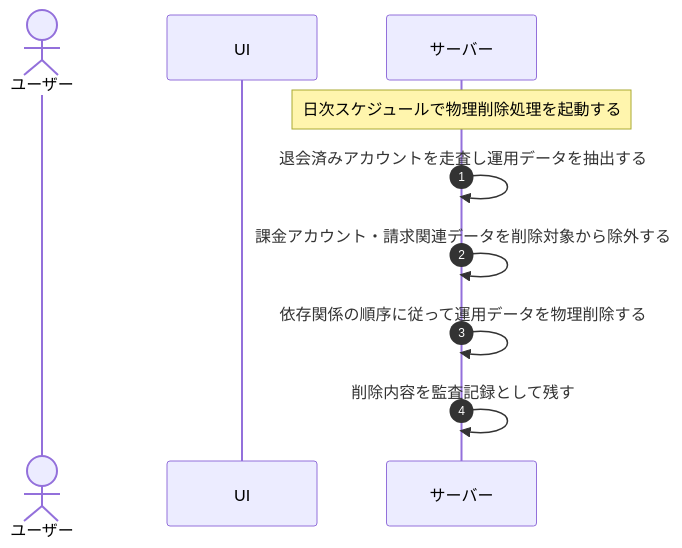
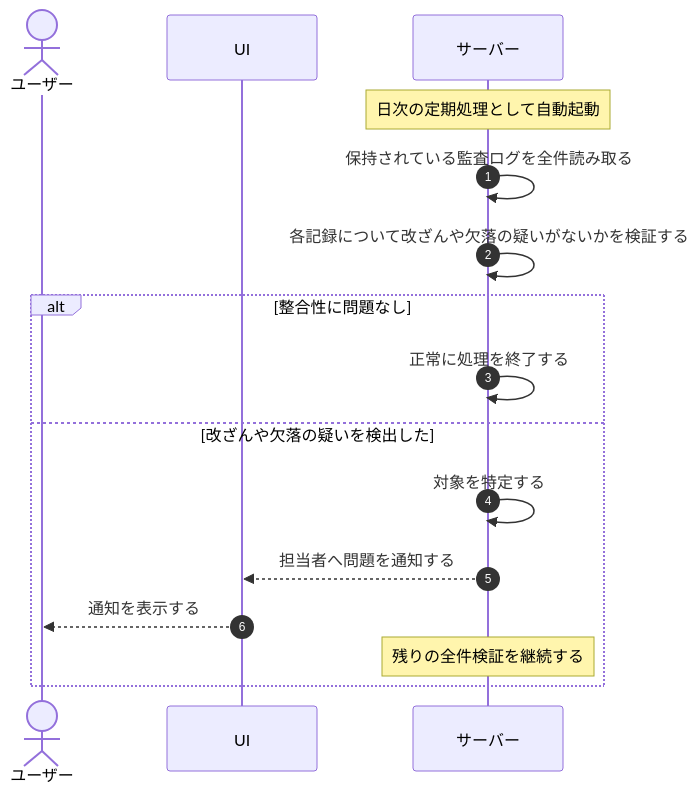
Before and after one commit to sikakou54/open-faq: the diagram in 01_requirements/04_business_usecases/UC-070.md, drawn with Mermaid. The commit also changed other lines of this file and 395 other files, not shown here.

````diff
--- a/01_requirements/04_business_usecases/UC-070.md
+++ b/01_requirements/04_business_usecases/UC-070.md
@@ -27,13 +27,18 @@
 ```mermaid
 sequenceDiagram
   autonumber
   actor U as ユーザー
   participant UI as UI
   participant S as サーバー
-
-  Note over S: 日次スケジュールで物理削除処理を起動する
-  S->>S: 退会済みアカウントを走査し運用データを抽出する
-  S->>S: 課金アカウント・請求関連データを削除対象から除外する
-  S->>S: 依存関係の順序に従って運用データを物理削除する
-  S->>S: 削除内容を監査記録として残す
+  Note over S: 日次の定期処理として自動起動
+  S->>S: 保持されている監査ログを全件読み取る
+  S->>S: 各記録について改ざんや欠落の疑いがないかを検証する
+  alt 整合性に問題なし
+    S->>S: 正常に処理を終了する
+  else 改ざんや欠落の疑いを検出した
+    S->>S: 対象を特定する
+    S-->>UI: 担当者へ問題を通知する
+    UI-->>U: 通知を表示する
+    Note over S: 残りの全件検証を継続する
+  end
 ```
````
